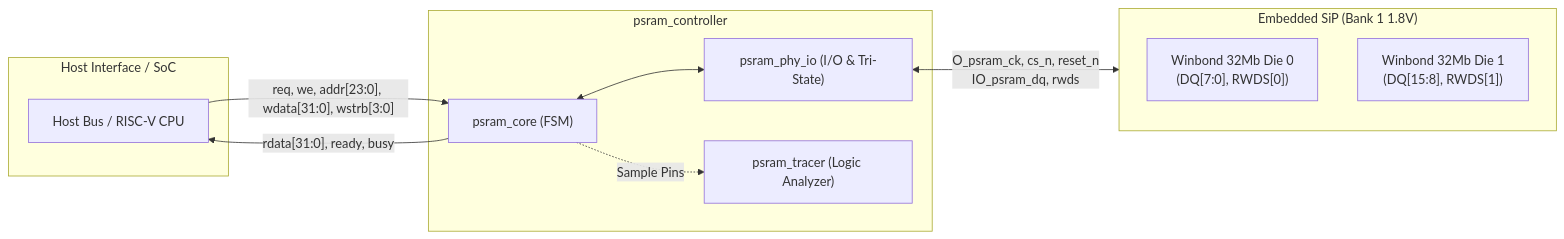
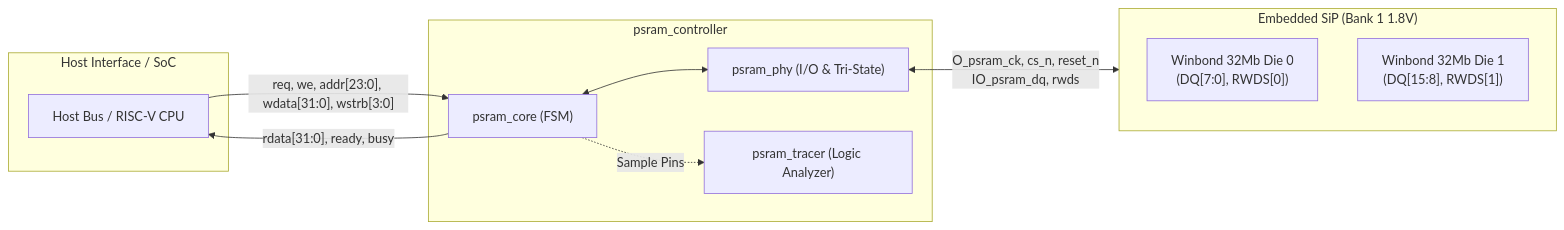
Before and after one commit to takayuki-nagata/psram_controller: the first of 2 diagrams in README.md, drawn with Mermaid. The commit also changed other lines of this file and 5 other files, not shown here.

First line of the commit message:
Port the PHY to Veryl (psram_phy)

````diff
--- a/README.md
+++ b/README.md
@@ -30,23 +30,23 @@
 ```mermaid
 flowchart LR
     subgraph Host ["Host Interface / SoC"]
         CPU["Host Bus / RISC-V CPU"]
     end
 
     subgraph PSRAM_Ctrl ["psram_controller"]
         Core["psram_core (FSM)"]
-        PHY["psram_phy_io (I/O & Tri-State)"]
+        PHY["psram_phy (I/O & Tri-State)"]
         Tracer["psram_tracer (Logic Analyzer)"]
     end
 
     subgraph SiP ["Embedded SiP (Bank 1 1.8V)"]
         Die0["Winbond 32Mb Die 0\n(DQ[7:0], RWDS[0])"]
         Die1["Winbond 32Mb Die 1\n(DQ[15:8], RWDS[1])"]
     end
 
     CPU -->|"req, we, addr[23:0], wdata[31:0], wstrb[3:0]"| Core
     Core -->|"rdata[31:0], ready, busy"| CPU
     Core <--> PHY
     PHY <-->|"O_psram_ck, cs_n, reset_n\nIO_psram_dq, rwds"| SiP
     Core -.->|"Sample Pins"| Tracer
 ```
````
